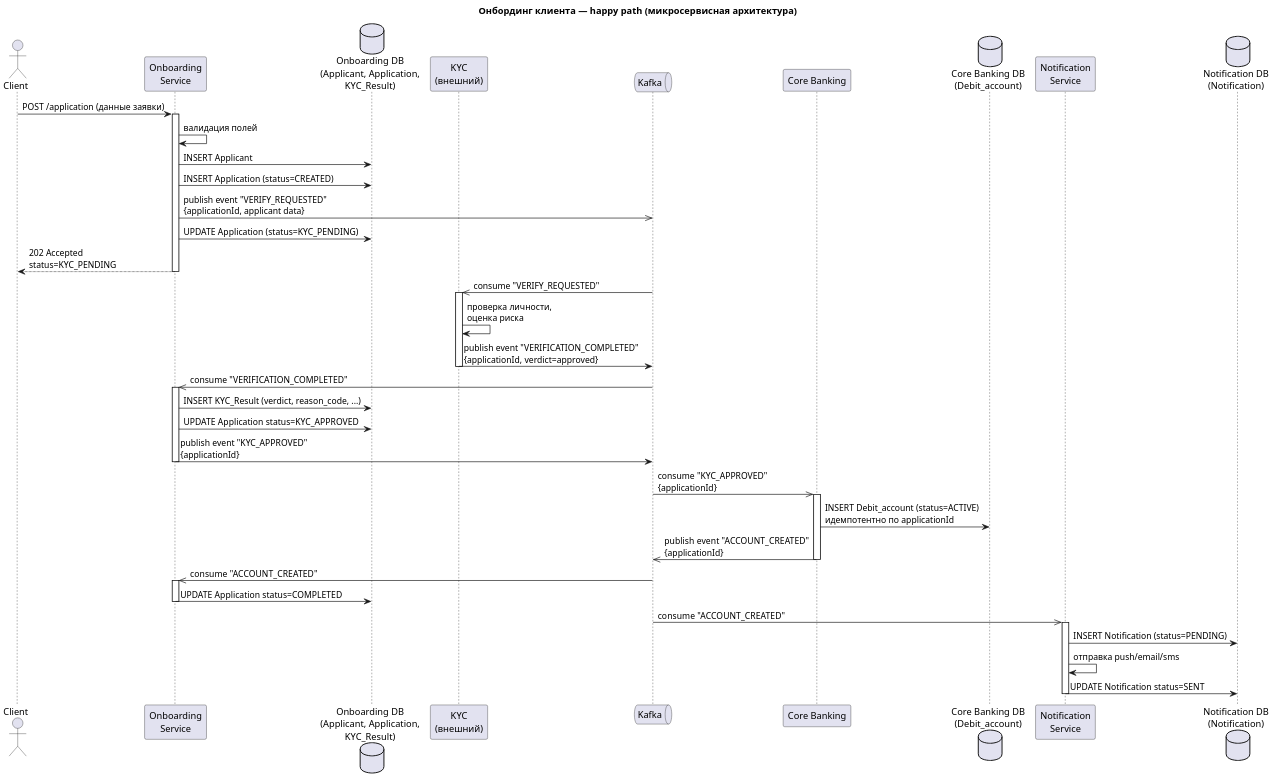
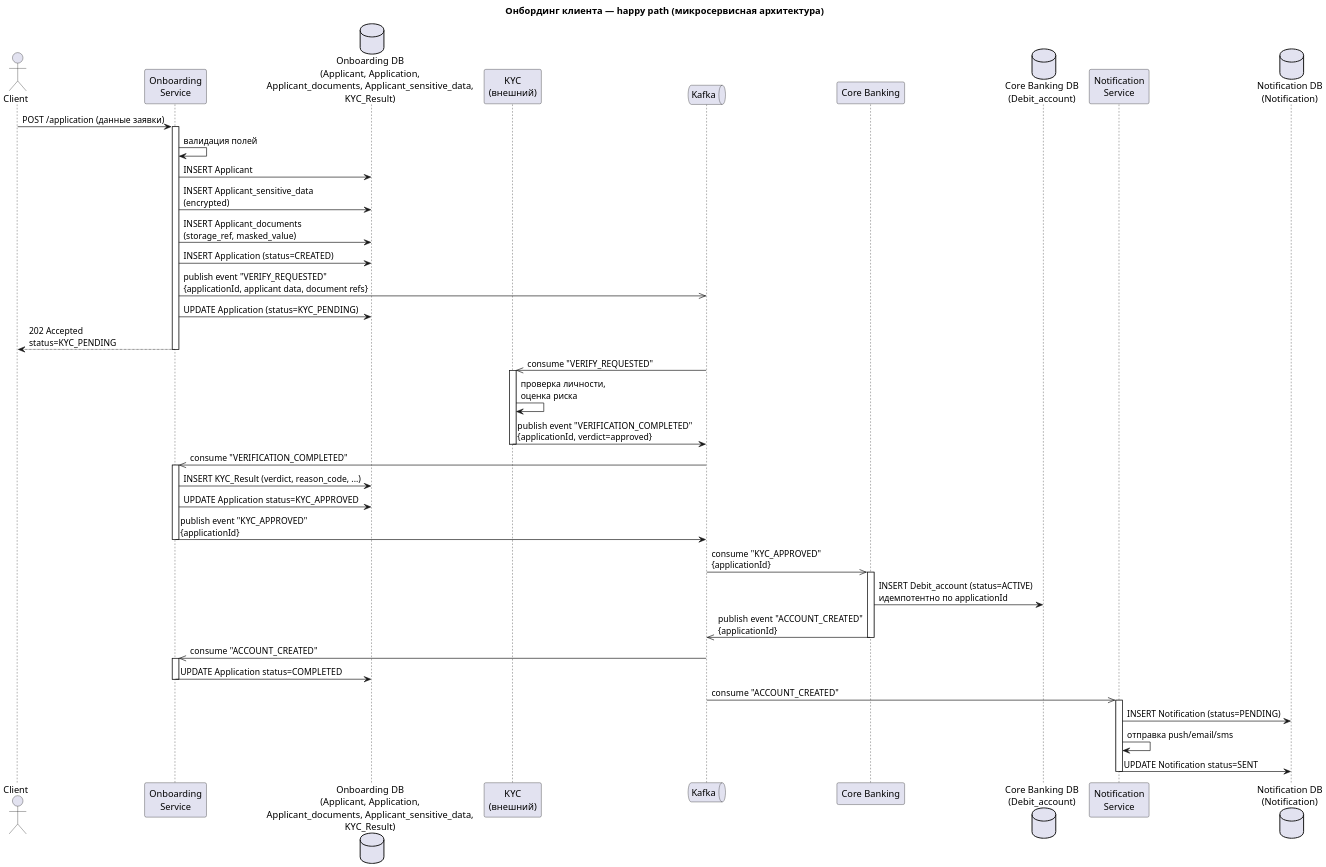
One commit to PulyaIvan/digital-client-onboarding changed the diagram in diagrams/sequence/Диаграмма последовательно онбординг клиента (happy path).puml. Above: the diagram before and after it, drawn with PlantUML. The commit also changed 8 other files, not shown here.

Commit message:
feat: обновил ERD и DBML, добавил новые таблицы и связи для обработки документов и чувствительных данных клиента

```diff
--- a/diagrams/sequence/Диаграмма последовательно онбординг клиента (happy path).puml
+++ b/diagrams/sequence/Диаграмма последовательно онбординг клиента (happy path).puml
@@ -1,56 +1,58 @@
 @startuml Онбординг клиента (happy path, database-per-service)
 title Онбординг клиента — happy path (микросервисная архитектура)
 scale 2
 
 actor Client as cl
 participant "Onboarding\nService" as svc
-database "Onboarding DB\n(Applicant, Application,\nKYC_Result)" as db_svc
+database "Onboarding DB\n(Applicant, Application,\nApplicant_documents, Applicant_sensitive_data,\nKYC_Result)" as db_svc
 participant "KYC\n(внешний)" as kyc
 queue "Kafka" as bm
 participant "Core Banking" as bk
 database "Core Banking DB\n(Debit_account)" as db_bk
 participant "Notification\nService" as ns
 database "Notification DB\n(Notification)" as db_ns
 
 cl -> svc: POST /application (данные заявки)
 activate svc
 svc -> svc: валидация полей
 svc -> db_svc: INSERT Applicant
+svc -> db_svc: INSERT Applicant_sensitive_data\n(encrypted)
+svc -> db_svc: INSERT Applicant_documents\n(storage_ref, masked_value)
 svc -> db_svc: INSERT Application (status=CREATED)
-svc ->> bm: publish event "VERIFY_REQUESTED"\n{applicationId, applicant data}
+svc ->> bm: publish event "VERIFY_REQUESTED"\n{applicationId, applicant data, document refs}
 svc -> db_svc: UPDATE Application (status=KYC_PENDING)
 svc --> cl: 202 Accepted\nstatus=KYC_PENDING
 deactivate svc
 
 bm ->> kyc: consume "VERIFY_REQUESTED"
 activate kyc
 kyc -> kyc: проверка личности,\nоценка риска
 kyc -> bm: publish event "VERIFICATION_COMPLETED"\n{applicationId, verdict=approved}
 deactivate kyc
 
 bm ->> svc: consume "VERIFICATION_COMPLETED"
 activate svc
 svc -> db_svc: INSERT KYC_Result (verdict, reason_code, ...)
 svc -> db_svc: UPDATE Application status=KYC_APPROVED
 svc -> bm: publish event "KYC_APPROVED"\n{applicationId}
 deactivate svc
 
 bm ->> bk: consume "KYC_APPROVED"\n{applicationId}
 activate bk
 bk -> db_bk: INSERT Debit_account (status=ACTIVE)\nидемпотентно по applicationId
 bk ->> bm: publish event "ACCOUNT_CREATED"\n{applicationId}
 deactivate bk
 
 bm ->> svc: consume "ACCOUNT_CREATED"
 activate svc
 svc -> db_svc: UPDATE Application status=COMPLETED
 deactivate svc
 
 bm ->> ns: consume "ACCOUNT_CREATED"
 activate ns
 ns -> db_ns: INSERT Notification (status=PENDING)
 ns -> ns: отправка push/email/sms
 ns -> db_ns: UPDATE Notification status=SENT
 deactivate ns
 
 @enduml
```
